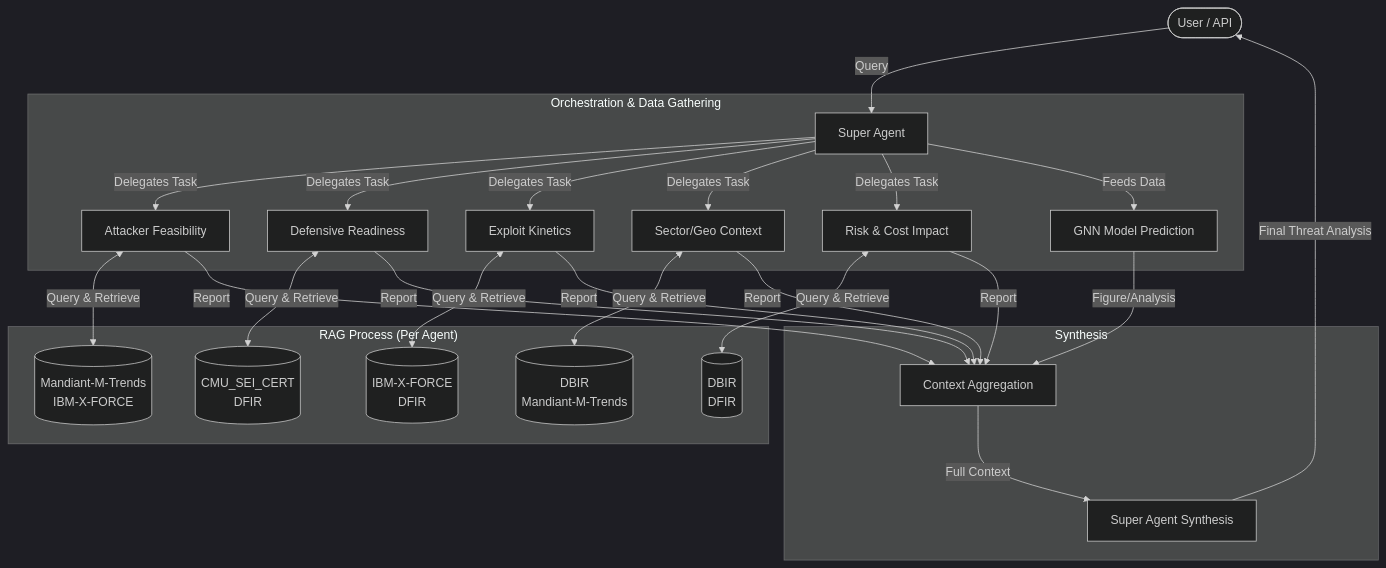
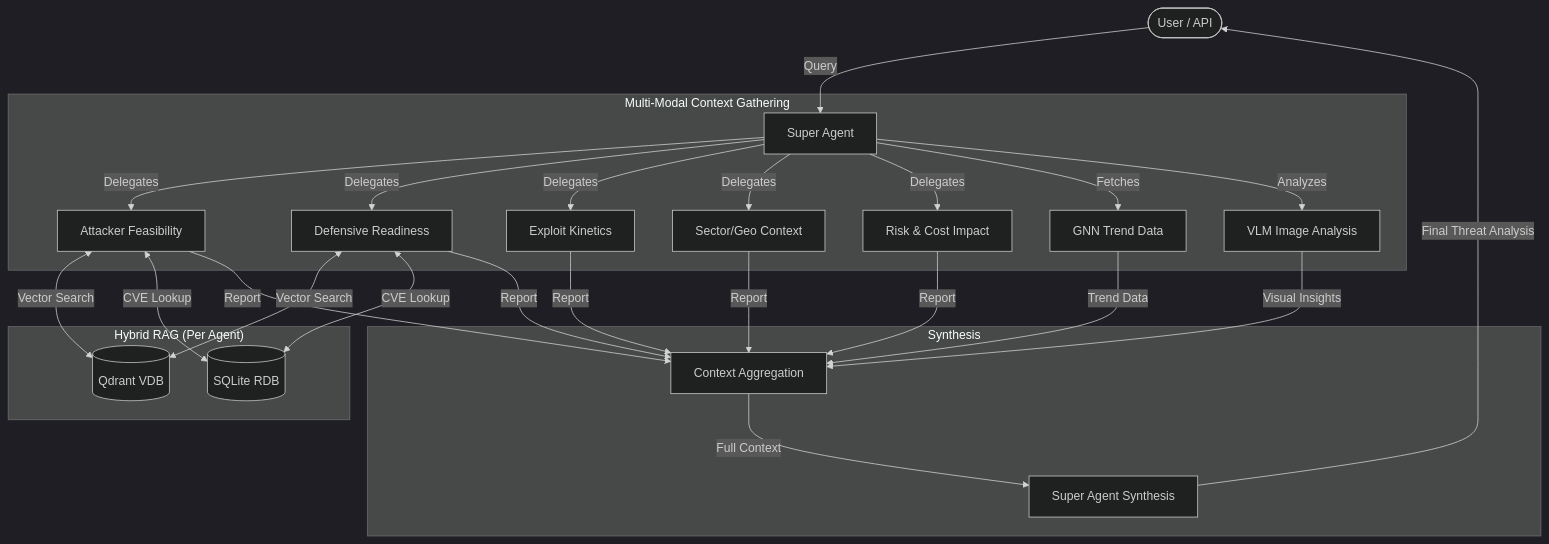
Before and after one commit to mgcha85/swu-cyber-security-agent-go: the diagram in agent.md, drawn with Mermaid (dark theme). The commit also changed other lines of this file and 83 other files, not shown here.

First line of the commit message:
feat: Implement Hybrid RAG architecture with RDB+VDB+VLM integration

````diff
--- a/agent.md
+++ b/agent.md
@@ -22,35 +43,35 @@
 ```mermaid
 graph TD
     User([User / API]) -->|Query| SA[Super Agent]
     
-    subgraph "Orchestration & Data Gathering"
-        SA -->|Delegates Task| RA1[Attacker Feasibility]
-        SA -->|Delegates Task| RA2[Defensive Readiness]
-        SA -->|Delegates Task| RA3[Exploit Kinetics]
-        SA -->|Delegates Task| RA4[Sector/Geo Context]
-        SA -->|Delegates Task| RA5[Risk & Cost Impact]
-        
-        SA -->|Feeds Data| GNN[GNN Model Prediction]
+    subgraph "Multi-Modal Context Gathering"
+        SA -->|Delegates| RA1[Attacker Feasibility]
+        SA -->|Delegates| RA2[Defensive Readiness]
+        SA -->|Delegates| RA3[Exploit Kinetics]
+        SA -->|Delegates| RA4[Sector/Geo Context]
+        SA -->|Delegates| RA5[Risk & Cost Impact]
+        SA -->|Fetches| GNN[GNN Trend Data]
+        SA -->|Analyzes| VLM[VLM Image Analysis]
     end
     
-    subgraph "RAG Process (Per Agent)"
-        RA1 <-->|Query & Retrieve| KB1[("Mandiant-M-Trends<br/>IBM-X-FORCE")]
-        RA2 <-->|Query & Retrieve| KB2[("CMU_SEI_CERT<br/>DFIR")]
-        RA3 <-->|Query & Retrieve| KB3[("IBM-X-FORCE<br/>DFIR")]
-        RA4 <-->|Query & Retrieve| KB4[("DBIR<br/>Mandiant-M-Trends")]
-        RA5 <-->|Query & Retrieve| KB5[("DBIR<br/>DFIR")]
+    subgraph "Hybrid RAG (Per Agent)"
+        RA1 <-->|Vector Search| VDB[(Qdrant VDB)]
+        RA1 <-->|CVE Lookup| RDB[(SQLite RDB)]
+        RA2 <-->|Vector Search| VDB
+        RA2 <-->|CVE Lookup| RDB
     end
     
     subgraph "Synthesis"
-        RA1 -->|Report| Aggregator
-        RA2 -->|Report| Aggregator
-        RA3 -->|Report| Aggregator
-        RA4 -->|Report| Aggregator
-        RA5 -->|Report| Aggregator
-        GNN -->|Figure/Analysis| Aggregator
+        RA1 -->|Report| Agg[Context Aggregation]
+        RA2 -->|Report| Agg
+        RA3 -->|Report| Agg
+        RA4 -->|Report| Agg
+        RA5 -->|Report| Agg
+        GNN -->|Trend Data| Agg
+        VLM -->|Visual Insights| Agg
         
-        Aggregator[Context Aggregation] -->|Full Context| SA_Final[Super Agent Synthesis]
+        Agg -->|Full Context| SA_Final[Super Agent Synthesis]
     end
     
     SA_Final -->|Final Threat Analysis| User
 ```
````
